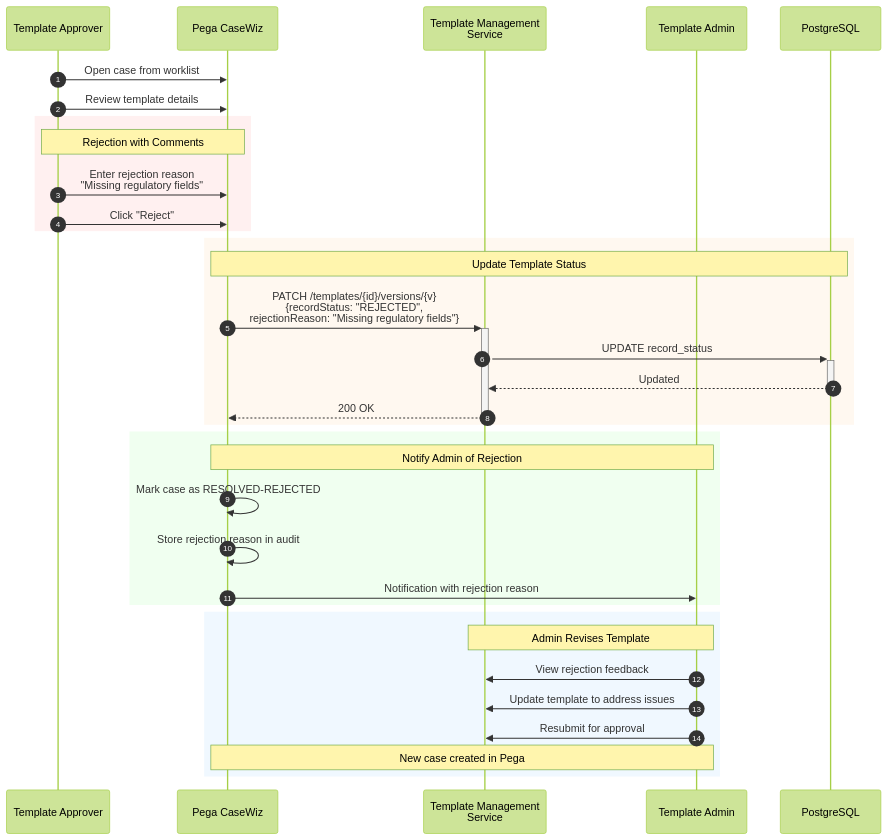
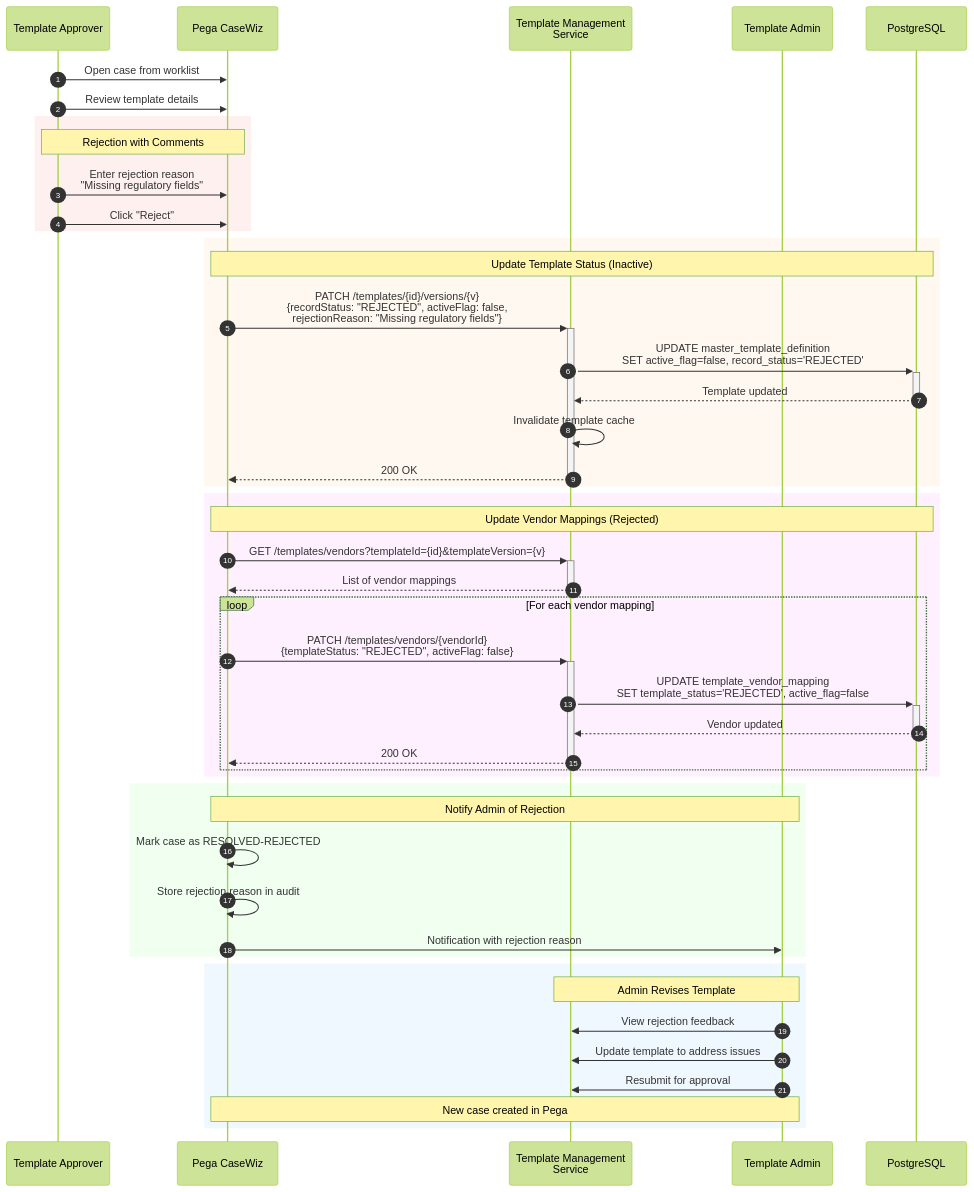
The tenth of 11 diagrams in docs/architecture/admin-portal-integration.md (ghmd86/template-management-service), drawn with Mermaid (forest theme) before and after one commit. The commit also changed other lines of this file, not shown here.

First line of the commit message:
Update approval workflow to include vendor mapping status

````diff
--- a/docs/architecture/admin-portal-integration.md
+++ b/docs/architecture/admin-portal-integration.md
@@ -465,41 +483,55 @@
 ```mermaid
 sequenceDiagram
     autonumber
     participant Approver as Template Approver
     participant Pega as Pega CaseWiz
     participant TMS as Template Management<br/>Service
     participant Admin as Template Admin
     participant DB as PostgreSQL
 
     Approver->>Pega: Open case from worklist
     Approver->>Pega: Review template details
 
     rect rgb(255, 240, 240)
         Note over Approver,Pega: Rejection with Comments
         Approver->>Pega: Enter rejection reason<br/>"Missing regulatory fields"
         Approver->>Pega: Click "Reject"
     end
 
     rect rgb(255, 248, 240)
-        Note over Pega,DB: Update Template Status
-        Pega->>+TMS: PATCH /templates/{id}/versions/{v}<br/>{recordStatus: "REJECTED",<br/>rejectionReason: "Missing regulatory fields"}
-        TMS->>+DB: UPDATE record_status
-        DB-->>-TMS: Updated
+        Note over Pega,DB: Update Template Status (Inactive)
+        Pega->>+TMS: PATCH /templates/{id}/versions/{v}<br/>{recordStatus: "REJECTED", activeFlag: false,<br/>rejectionReason: "Missing regulatory fields"}
+        TMS->>+DB: UPDATE master_template_definition<br/>SET active_flag=false, record_status='REJECTED'
+        DB-->>-TMS: Template updated
+        TMS->>TMS: Invalidate template cache
         TMS-->>-Pega: 200 OK
+    end
+
+    rect rgb(255, 240, 255)
+        Note over Pega,DB: Update Vendor Mappings (Rejected)
+        Pega->>+TMS: GET /templates/vendors?templateId={id}&templateVersion={v}
+        TMS-->>-Pega: List of vendor mappings
+
+        loop For each vendor mapping
+            Pega->>+TMS: PATCH /templates/vendors/{vendorId}<br/>{templateStatus: "REJECTED", activeFlag: false}
+            TMS->>+DB: UPDATE template_vendor_mapping<br/>SET template_status='REJECTED', active_flag=false
+            DB-->>-TMS: Vendor updated
+            TMS-->>-Pega: 200 OK
+        end
     end
 
     rect rgb(240, 255, 240)
         Note over Pega,Admin: Notify Admin of Rejection
         Pega->>Pega: Mark case as RESOLVED-REJECTED
         Pega->>Pega: Store rejection reason in audit
         Pega->>Admin: Notification with rejection reason
     end
 
     rect rgb(240, 248, 255)
         Note over Admin,TMS: Admin Revises Template
         Admin->>TMS: View rejection feedback
         Admin->>TMS: Update template to address issues
         Admin->>TMS: Resubmit for approval
         Note over Admin,Pega: New case created in Pega
     end
 ```
````
